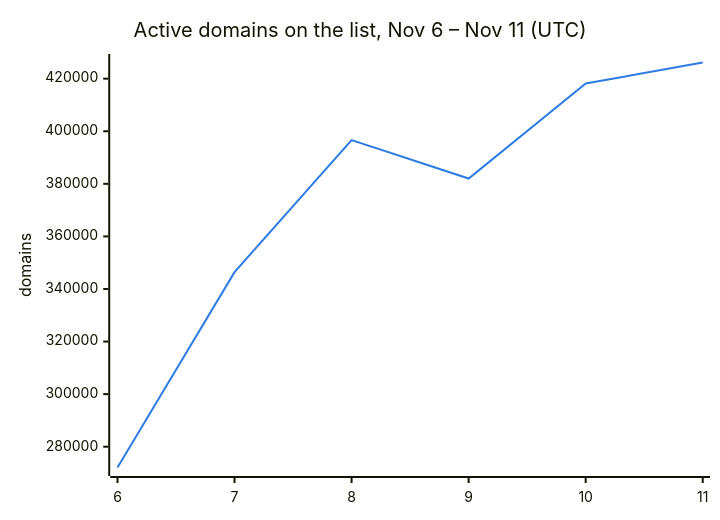
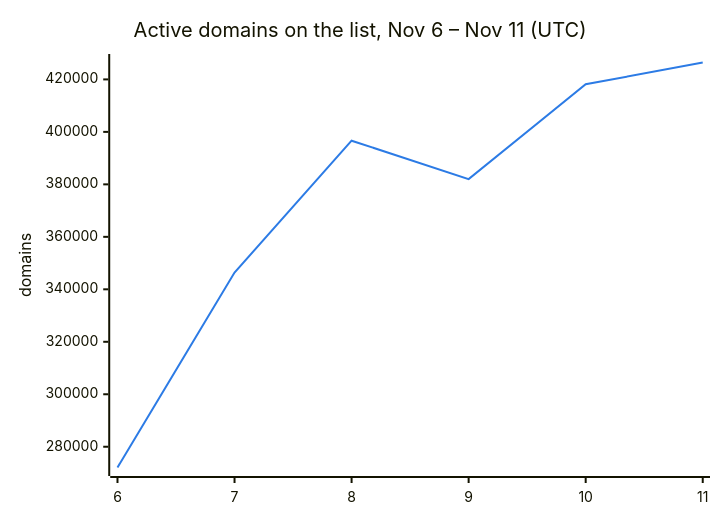
Before and after one commit to DNSBunker/CTI: the second of 3 diagrams in README.md, drawn with Mermaid. The commit also changed other lines of this file and 3 other files, not shown here.

````diff
--- a/README.md
+++ b/README.md
@@ -38,8 +38,8 @@
 ```mermaid
 %%{init: {"themeVariables": {"xyChart": {"plotColorPalette": "#2c7be5"}}}}%%
 xychart-beta
     title "Active domains on the list, Nov 6 – Nov 11 (UTC)"
     x-axis ["6", "7", "8", "9", "10", "11"]
     y-axis "domains"
-    line [272088, 346388, 396638, 382009, 418143, 426149]
+    line [272088, 346388, 396638, 382009, 418143, 426444]
 ```
````
